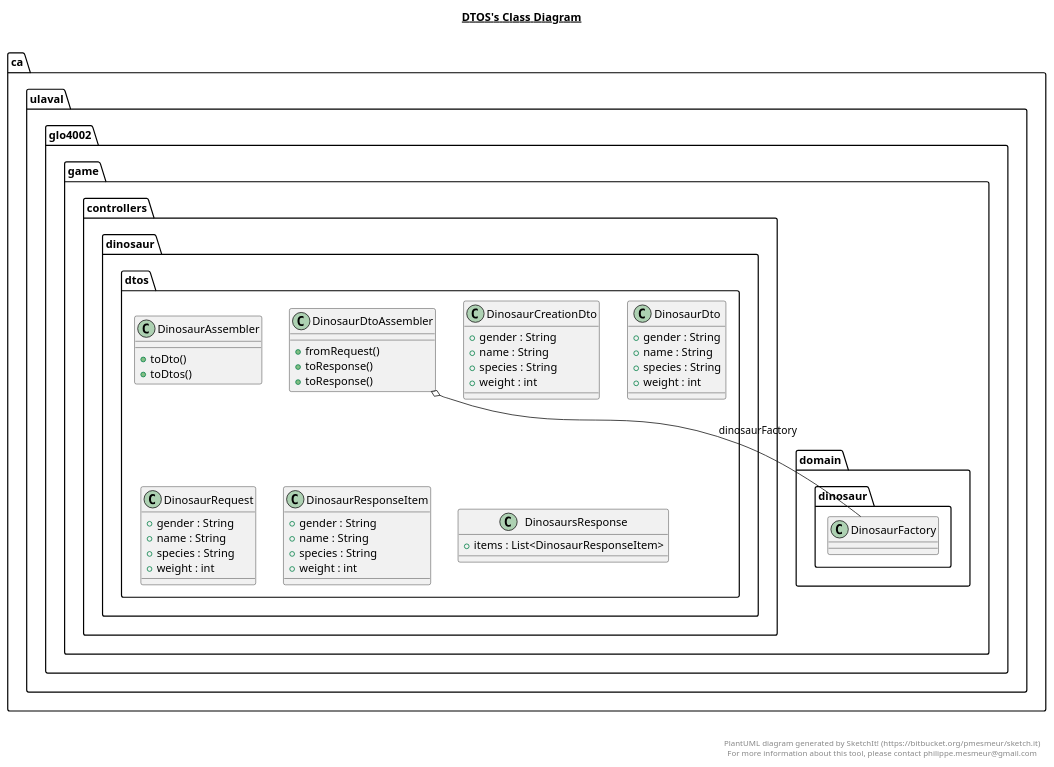
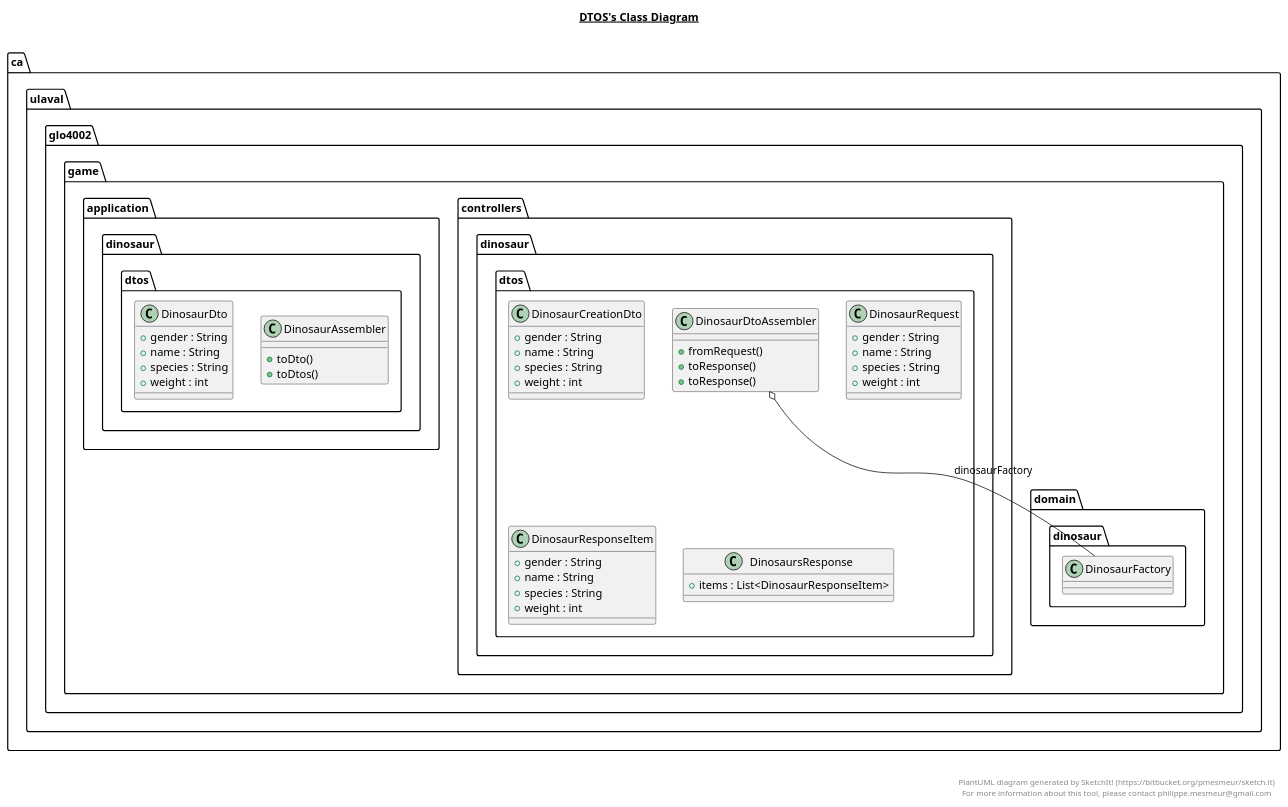
Before and after one commit to MALEC321/MEP7: the diagram in game-api/src/main/java/ca/ulaval/glo4002/game/controllers/dinosaur/dtos/dtos.plantuml, drawn with PlantUML. The commit also changed 27 other files, not shown here.

```diff
--- a/game-api/src/main/java/ca/ulaval/glo4002/game/controllers/dinosaur/dtos/dtos.plantuml
+++ b/game-api/src/main/java/ca/ulaval/glo4002/game/controllers/dinosaur/dtos/dtos.plantuml
@@ -1,106 +1,106 @@
 @startuml
 
 title __DTOS's Class Diagram__\n
 
     namespace ca.ulaval.glo4002.game {
       namespace controllers.dinosaur {
         namespace dtos {
-          class ca.ulaval.glo4002.game.controllers.dinosaur.dtos.DinosaurAssembler {
+          class ca.ulaval.glo4002.game.application.dinosaur.dtos.DinosaurAssembler {
               + toDto()
               + toDtos()
           }
         }
       }
     }
   
 
     namespace ca.ulaval.glo4002.game {
       namespace controllers.dinosaur {
         namespace dtos {
           class ca.ulaval.glo4002.game.controllers.dinosaur.dtos.DinosaurCreationDto {
               + gender : String
               + name : String
               + species : String
               + weight : int
           }
         }
       }
     }
   
 
     namespace ca.ulaval.glo4002.game {
       namespace controllers.dinosaur {
         namespace dtos {
-          class ca.ulaval.glo4002.game.controllers.dinosaur.dtos.DinosaurDto {
+          class ca.ulaval.glo4002.game.application.dinosaur.dtos.DinosaurDto {
               + gender : String
               + name : String
               + species : String
               + weight : int
           }
         }
       }
     }
   
 
     namespace ca.ulaval.glo4002.game {
       namespace controllers.dinosaur {
         namespace dtos {
           class ca.ulaval.glo4002.game.controllers.dinosaur.dtos.DinosaurDtoAssembler {
               + fromRequest()
               + toResponse()
               + toResponse()
           }
         }
       }
     }
   
 
     namespace ca.ulaval.glo4002.game {
       namespace controllers.dinosaur {
         namespace dtos {
           class ca.ulaval.glo4002.game.controllers.dinosaur.dtos.DinosaurRequest {
               + gender : String
               + name : String
               + species : String
               + weight : int
           }
         }
       }
     }
 
     namespace ca.ulaval.glo4002.game {
       namespace controllers.dinosaur {
         namespace dtos {
           class ca.ulaval.glo4002.game.controllers.dinosaur.dtos.DinosaurResponseItem {
               + gender : String
               + name : String
               + species : String
               + weight : int
           }
         }
       }
     }
   
 
     namespace ca.ulaval.glo4002.game {
       namespace controllers.dinosaur {
         namespace dtos {
           class ca.ulaval.glo4002.game.controllers.dinosaur.dtos.DinosaursResponse {
               + items : List<DinosaurResponseItem>
           }
         }
       }
     }
   
 
   ca.ulaval.glo4002.game.controllers.dinosaur.dtos.DinosaurDtoAssembler o-- ca.ulaval.glo4002.game.domain.dinosaur.DinosaurFactory : dinosaurFactory
 
 
 right footer
 
 
 PlantUML diagram generated by SketchIt! (https://bitbucket.org/pmesmeur/sketch.it)
 For more information about this tool, please contact philippe.mesmeur@gmail.com
 endfooter
 
 @enduml
```
